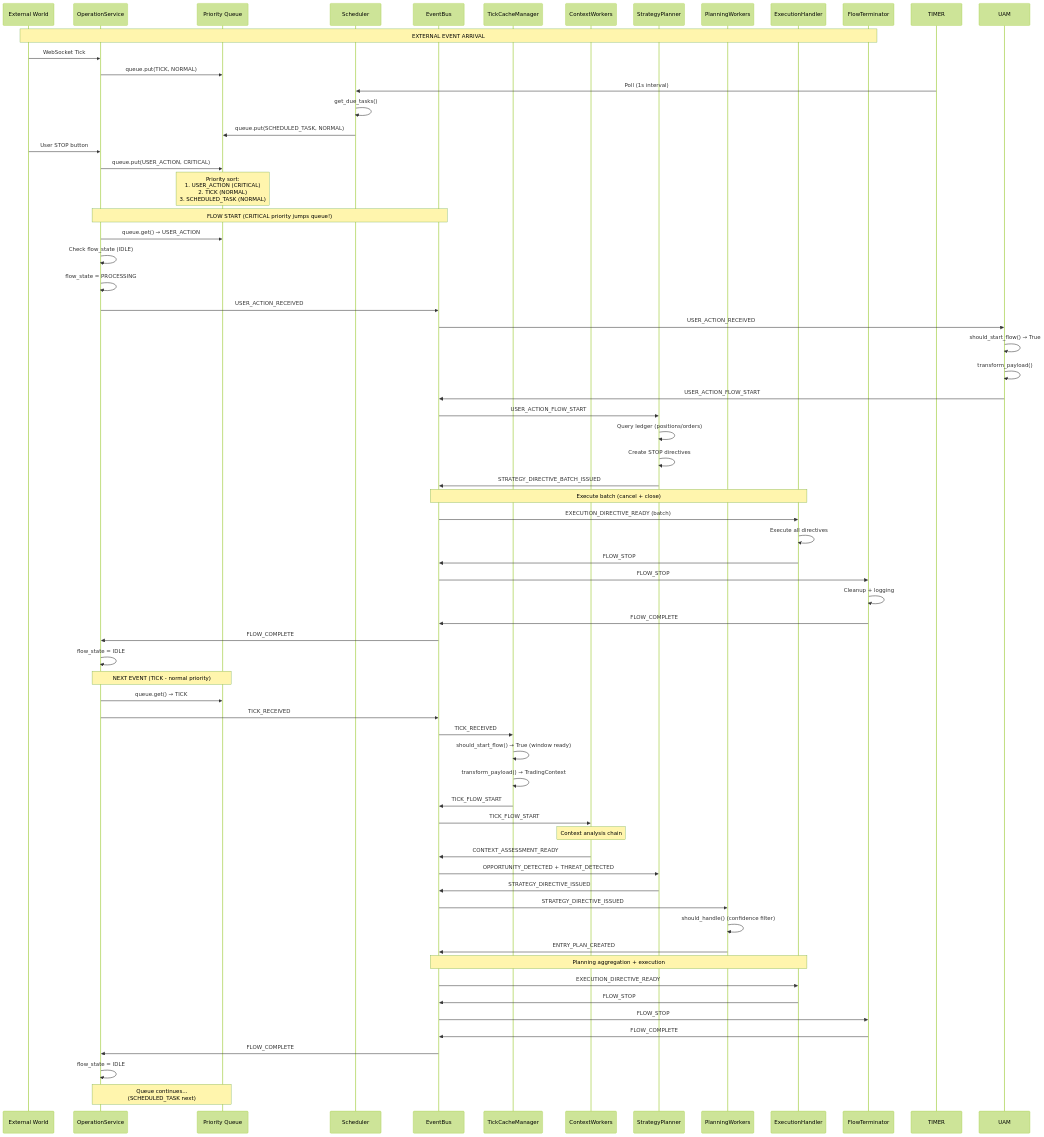
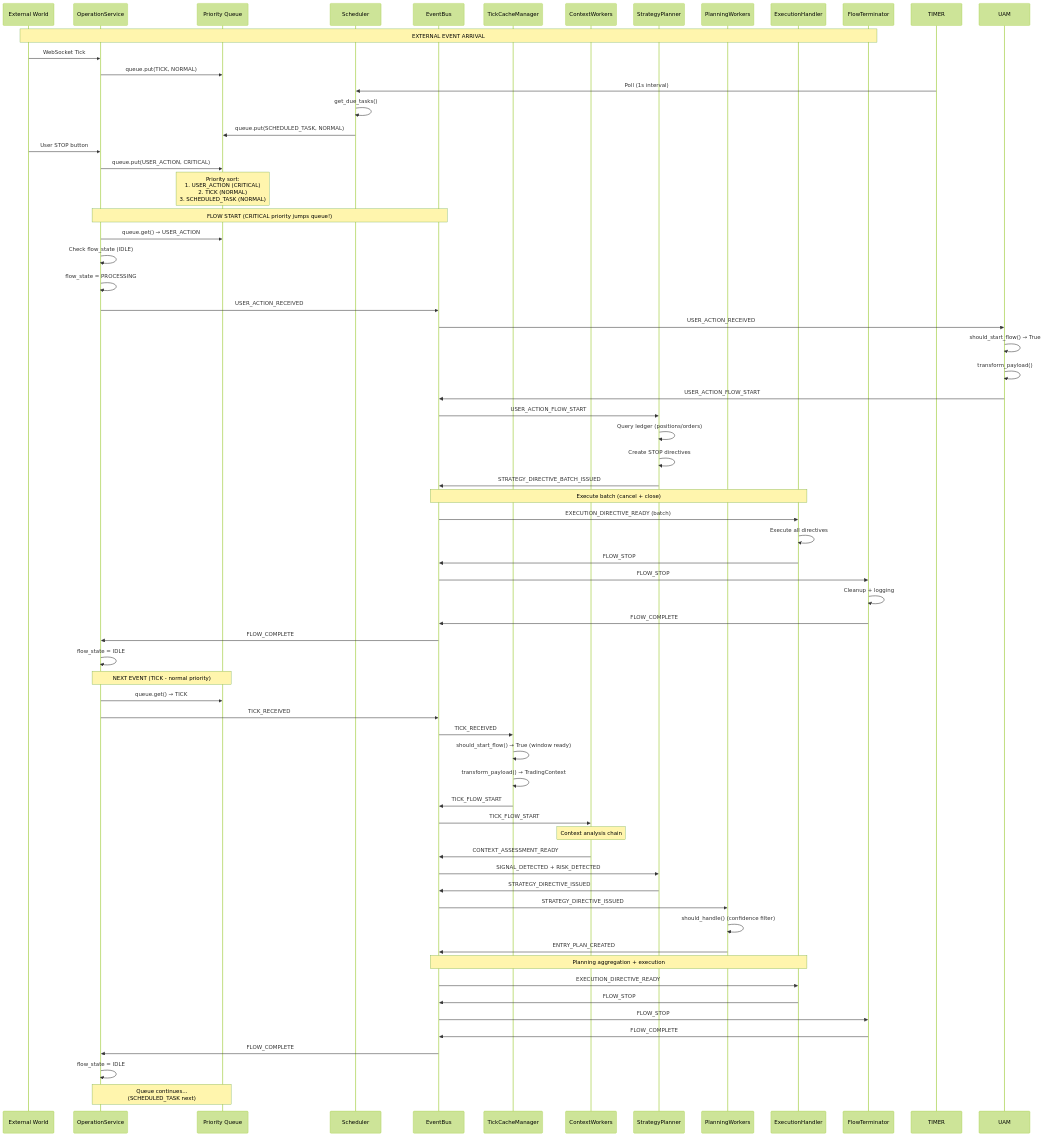
Before and after one commit to MikeyVK/S1mpleTraderV3: the fourth of 4 diagrams in docs/development/EVENT_LIFECYCLE_ARCHITECTURE.md, drawn with Mermaid (forest theme).

Commit message:
docs: Fix event names in EVENT_LIFECYCLE_ARCHITECTURE.md Mermaid diagrams
Updated event names in sequence diagrams:
- OPPORTUNITY_DETECTED → SIGNAL_DETECTED
- THREAT_DETECTED → RISK_DETECTED

Completes SWOT→quant terminology cleanup in development docs.

```diff
--- a/docs/development/EVENT_LIFECYCLE_ARCHITECTURE.md
+++ b/docs/development/EVENT_LIFECYCLE_ARCHITECTURE.md
@@ -1875,7 +1875,7 @@
     Note over CW: Context analysis chain
     CW->>EB: CONTEXT_ASSESSMENT_READY
     
-    EB->>SP: OPPORTUNITY_DETECTED + THREAT_DETECTED
+    EB->>SP: SIGNAL_DETECTED + RISK_DETECTED
     SP->>EB: STRATEGY_DIRECTIVE_ISSUED
     
     EB->>PP: STRATEGY_DIRECTIVE_ISSUED
```
